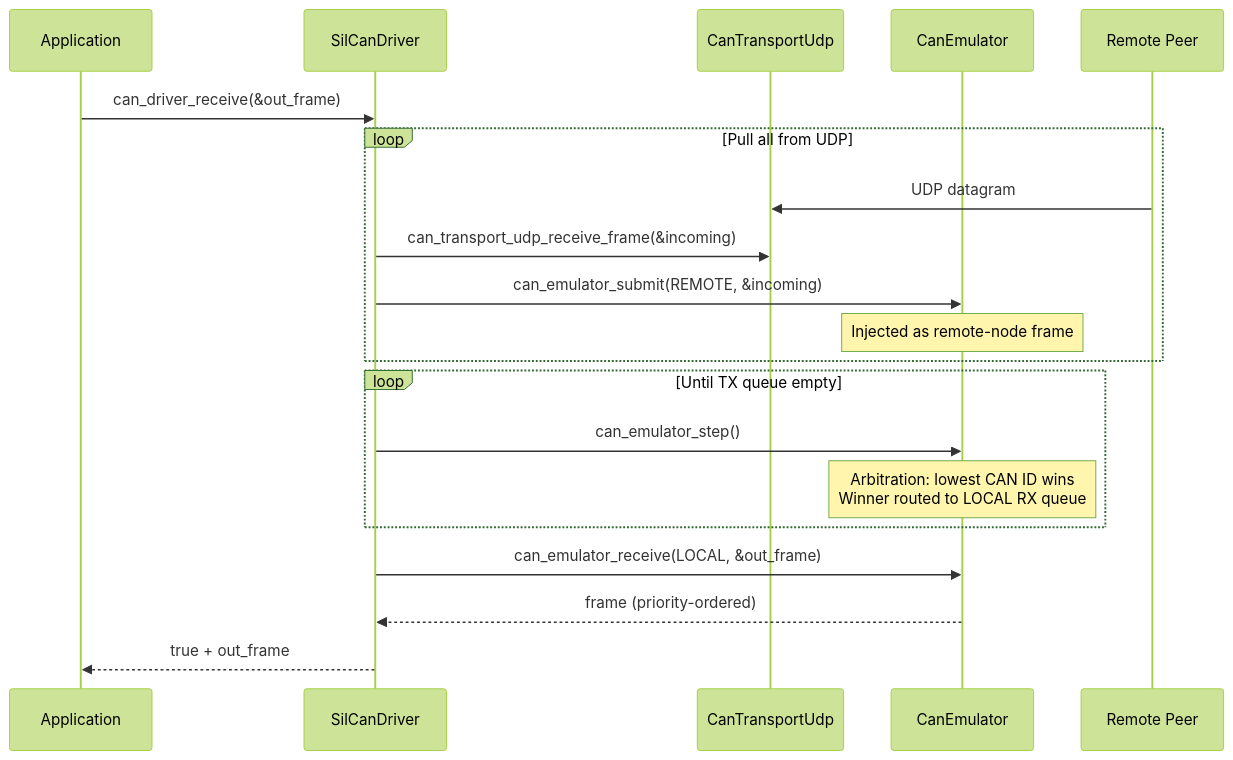
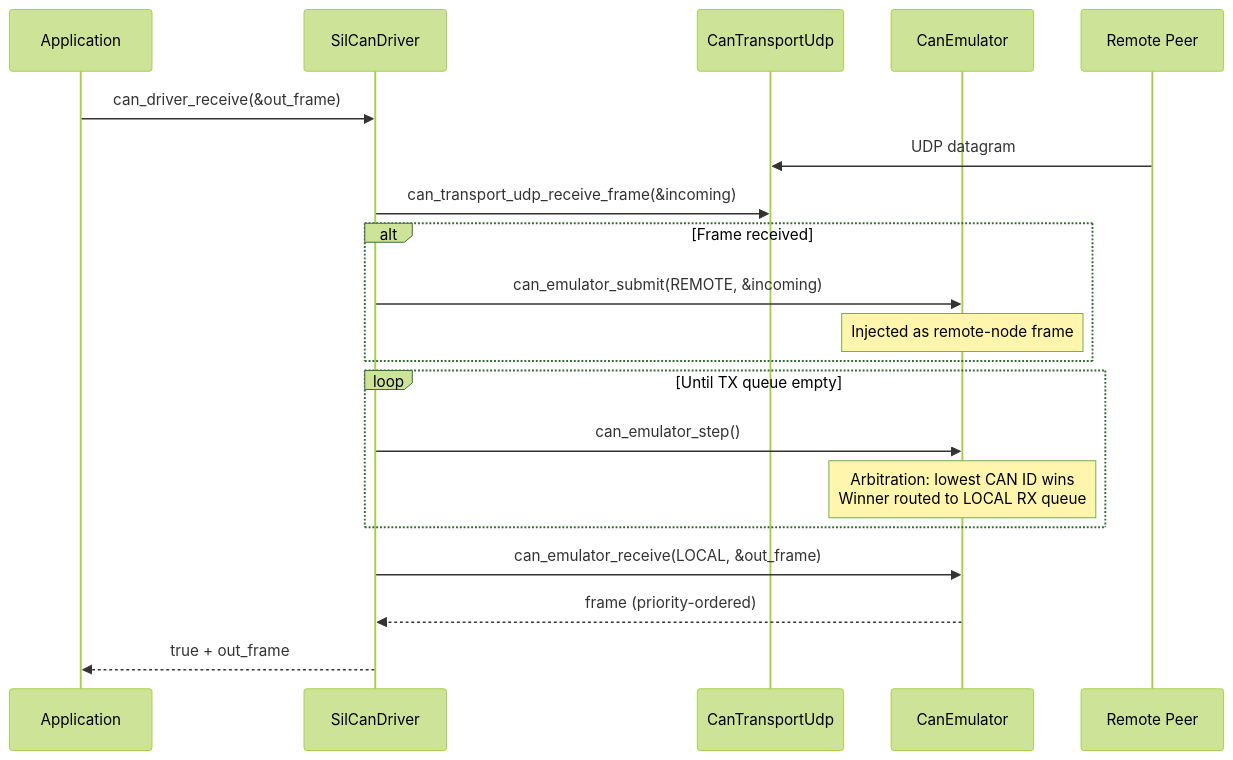
One commit to ef12/SIL changed the fourth of 7 diagrams in sil_lib/vcan/SDD_sil_vcan.md. Above: the diagram before and after it, drawn with Mermaid (forest theme). The commit also changed other lines of this file, not shown here.

Commit message:
Enhance thread safety in SIL vCAN: Introduce mutex for concurrent access and update receive flow documentation

````diff
--- a/sil_lib/vcan/SDD_sil_vcan.md
+++ b/sil_lib/vcan/SDD_sil_vcan.md
@@ -116,23 +129,23 @@
 ```mermaid
 sequenceDiagram
     participant App as Application
     participant Drv as SilCanDriver
     participant UDP as CanTransportUdp
     participant Emu as CanEmulator
     participant Peer as Remote Peer
 
     App->>Drv: can_driver_receive(&out_frame)
-    loop Pull all from UDP
-        Peer->>UDP: UDP datagram
-        Drv->>UDP: can_transport_udp_receive_frame(&incoming)
+    Peer->>UDP: UDP datagram
+    Drv->>UDP: can_transport_udp_receive_frame(&incoming)
+    alt Frame received
         Drv->>Emu: can_emulator_submit(REMOTE, &incoming)
         Note over Emu: Injected as remote-node frame
     end
     loop Until TX queue empty
         Drv->>Emu: can_emulator_step()
         Note over Emu: Arbitration: lowest CAN ID wins<br/>Winner routed to LOCAL RX queue
     end
     Drv->>Emu: can_emulator_receive(LOCAL, &out_frame)
     Emu-->>Drv: frame (priority-ordered)
     Drv-->>App: true + out_frame
 ```
````
